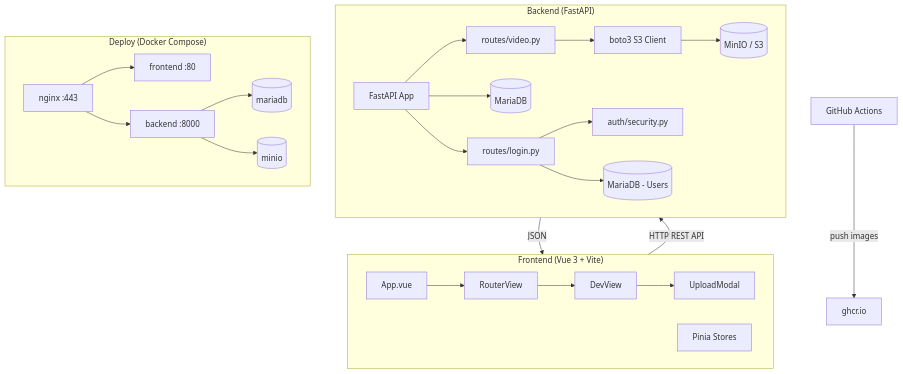
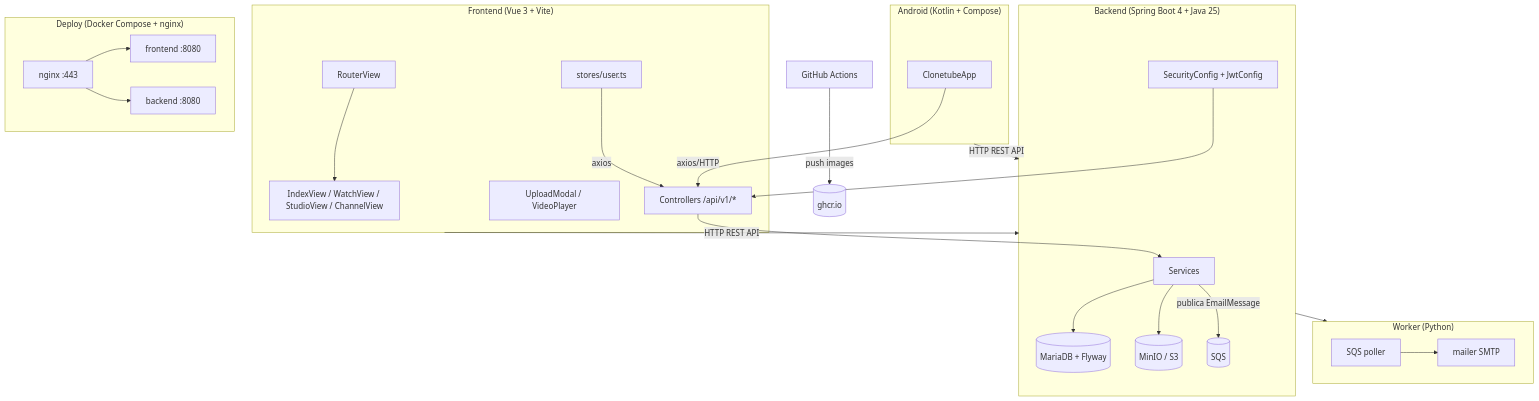
Before and after one commit to dsaub/clonetube: the diagram in AGENTS.md, drawn with Mermaid. The commit also changed other lines of this file and 6 other files, not shown here.

````diff
--- a/AGENTS.md
+++ b/AGENTS.md
@@ -402,31 +350,34 @@
 ```mermaid
 graph TD
     subgraph Frontend["Frontend (Vue 3 + Vite)"]
-        A[App.vue] --> B[RouterView]
-        B --> C[DevView]
-        C --> D[UploadModal]
-        F[Pinia Stores]
+        R[RouterView] --> I[IndexView / WatchView / StudioView / ChannelView]
+        S[stores/user.ts] -->|axios| API
+        C[UploadModal / VideoPlayer]
     end
 
-    subgraph Backend["Backend (FastAPI)"]
-        G[FastAPI App]
-        G --> H[routes/video.py]
-        H --> I[boto3 S3 Client]
-        I --> J[(MinIO / S3)]
-        G --> K[(MariaDB)]
-        G --> L[routes/login.py]
-        L --> M[auth/security.py]
-        L --> N[(MariaDB - Users)]
+    subgraph Backend["Backend (Spring Boot 4 + Java 25)"]
+        API[Controllers /api/v1/*] --> SVC[Services]
+        SVC --> JPA[(MariaDB + Flyway)]
+        SVC --> S3[(MinIO / S3)]
+        SVC -->|publica EmailMessage| SQS[(SQS)]
+        SEC[SecurityConfig + JwtConfig] --> API
     end
 
-    subgraph Deploy["Deploy (Docker Compose)"]
-        O[nginx :443] --> P[frontend :80]
-        O --> Q[backend :8000]
-        Q --> R[(mariadb)]
-        Q --> S[(minio)]
+    subgraph Worker["Worker (Python)"]
+        W[SQS poller] --> M[mailer SMTP]
+    end
+
+    subgraph Android["Android (Kotlin + Compose)"]
+        A[ClonetubeApp] -->|axios/HTTP| API
+    end
+
+    subgraph Deploy["Deploy (Docker Compose + nginx)"]
+        NG[nginx :443] --> F[frontend :8080]
+        NG --> B[backend :8080]
     end
 
     Frontend -->|HTTP REST API| Backend
-    Backend -->|JSON| Frontend
-    CI[GitHub Actions] -->|push images| T[ghcr.io]
+    Android -->|HTTP REST API| Backend
+    Backend --> Worker
+    CI[GitHub Actions] -->|push images| GHCR[(ghcr.io)]
 ```
````
